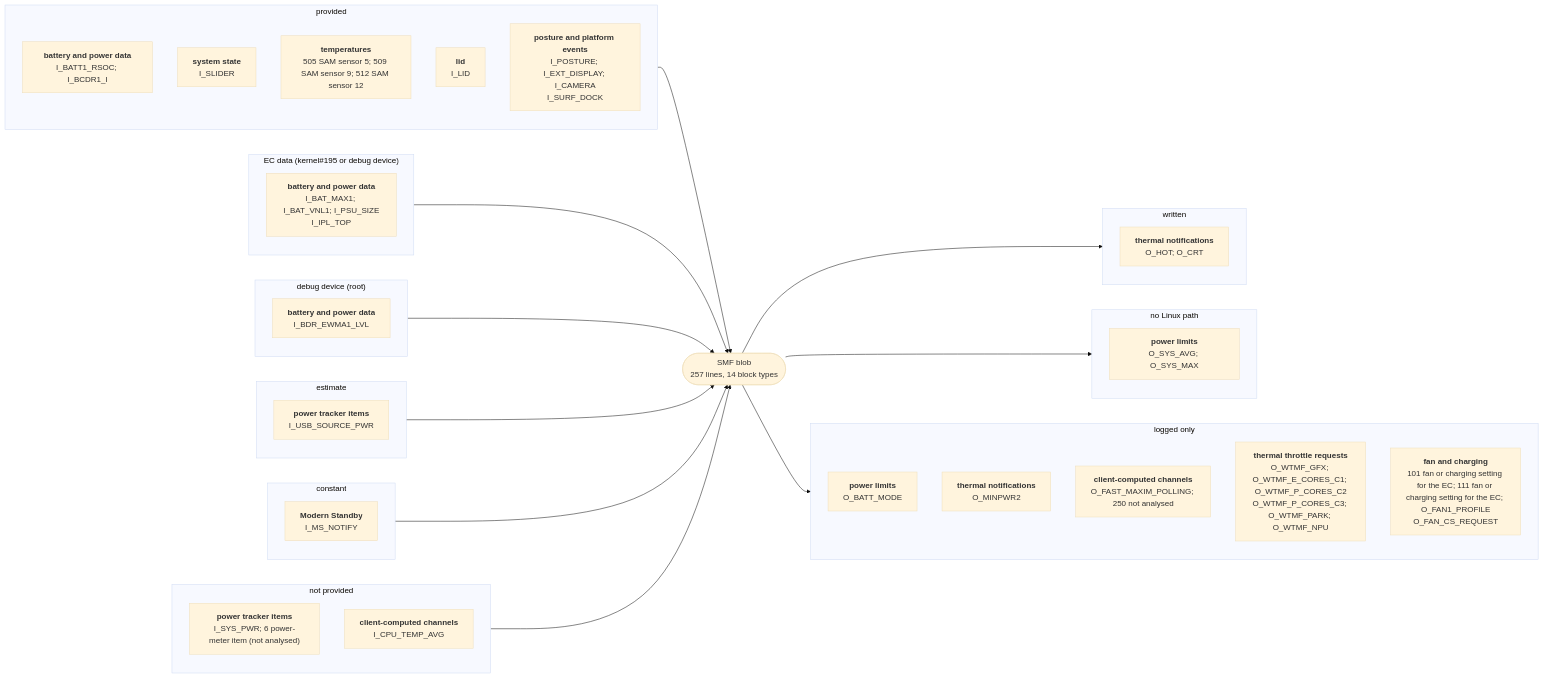
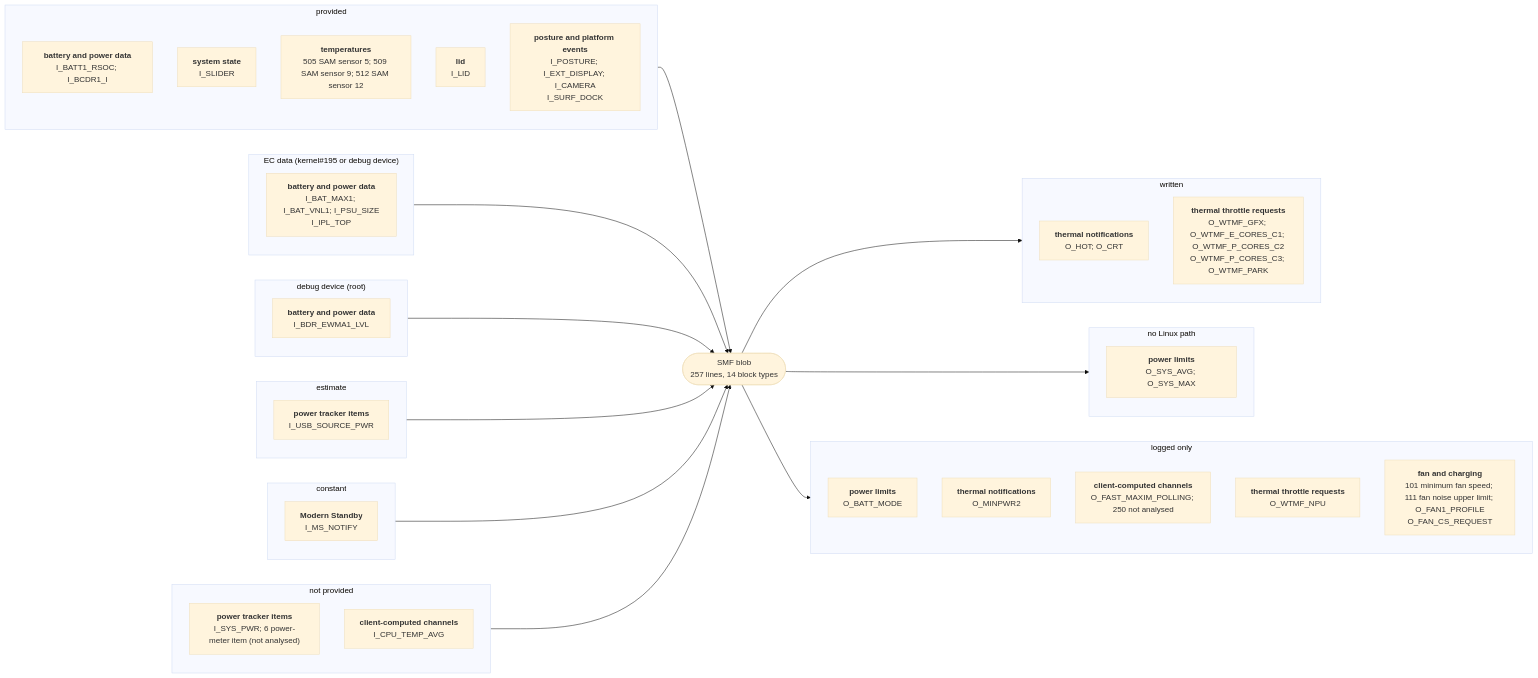
One commit to larsschellhas/linux-surface-power changed the diagram in docs/devices/surface-laptop-7-snapdragon.md. Above: the diagram before and after it, drawn with Mermaid (base theme). The commit also changed other lines of this file and 36 other files, not shown here.

First line of the commit message:
Throttle requests through cpufreq/GPU caps; fan and charging outputs analysed

````diff
--- a/docs/devices/surface-laptop-7-snapdragon.md
+++ b/docs/devices/surface-laptop-7-snapdragon.md
@@ -20,49 +20,50 @@
 ```mermaid
 flowchart LR
     subgraph IN0["provided"]
         I0_28B7BD85["<b>battery and power data</b><br/>I_BATT1_RSOC; I_BCDR1_I"]
         I0_2DD6960F["<b>system state</b><br/>I_SLIDER"]
         I0_2E8B14C2["<b>temperatures</b><br/>505 SAM sensor 5; 509 SAM sensor 9; 512 SAM sensor 12"]
         I0_5D0EE597["<b>lid</b><br/>I_LID"]
         I0_8060B17F["<b>posture and platform events</b><br/>I_POSTURE; I_EXT_DISPLAY; I_CAMERA<br/>I_SURF_DOCK"]
     end
     IN0 --> B
     subgraph IN1["EC data (kernel#195 or debug device)"]
         I1_28B7BD85["<b>battery and power data</b><br/>I_BAT_MAX1; I_BAT_VNL1; I_PSU_SIZE<br/>I_IPL_TOP"]
     end
     IN1 --> B
     subgraph IN2["debug device (root)"]
         I2_28B7BD85["<b>battery and power data</b><br/>I_BDR_EWMA1_LVL"]
     end
     IN2 --> B
     subgraph IN3["estimate"]
         I3_049E36F2["<b>power tracker items</b><br/>I_USB_SOURCE_PWR"]
     end
     IN3 --> B
     subgraph IN4["constant"]
         I4_DEF1AB69["<b>Modern Standby</b><br/>I_MS_NOTIFY"]
     end
     IN4 --> B
     subgraph IN5["not provided"]
         I5_049E36F2["<b>power tracker items</b><br/>I_SYS_PWR; 6 power-meter item (not analysed)"]
         I5_87008365["<b>client-computed channels</b><br/>I_CPU_TEMP_AVG"]
     end
     IN5 --> B
     B(["SMF blob<br/>257 lines, 14 block types"])
     subgraph OUT0["written"]
         O0_110DF2A4["<b>thermal notifications</b><br/>O_HOT; O_CRT"]
+        O0_9BBB8910["<b>thermal throttle requests</b><br/>O_WTMF_GFX; O_WTMF_E_CORES_C1; O_WTMF_P_CORES_C2<br/>O_WTMF_P_CORES_C3; O_WTMF_PARK"]
     end
     B --> OUT0
     subgraph OUT1["no Linux path"]
         O1_0B7B5350["<b>power limits</b><br/>O_SYS_AVG; O_SYS_MAX"]
     end
     B --> OUT1
     subgraph OUT2["logged only"]
         O2_0B7B5350["<b>power limits</b><br/>O_BATT_MODE"]
         O2_110DF2A4["<b>thermal notifications</b><br/>O_MINPWR2"]
         O2_87008365["<b>client-computed channels</b><br/>O_FAST_MAXIM_POLLING; 250 not analysed"]
-        O2_9BBB8910["<b>thermal throttle requests</b><br/>O_WTMF_GFX; O_WTMF_E_CORES_C1; O_WTMF_P_CORES_C2<br/>O_WTMF_P_CORES_C3; O_WTMF_PARK; O_WTMF_NPU"]
-        O2_B620798F["<b>fan and charging</b><br/>101 fan or charging setting for the EC; 111 fan or charging setting for the EC; O_FAN1_PROFILE<br/>O_FAN_CS_REQUEST"]
+        O2_9BBB8910["<b>thermal throttle requests</b><br/>O_WTMF_NPU"]
+        O2_B620798F["<b>fan and charging</b><br/>101 minimum fan speed; 111 fan noise upper limit; O_FAN1_PROFILE<br/>O_FAN_CS_REQUEST"]
     end
     B --> OUT2
 ```
````
